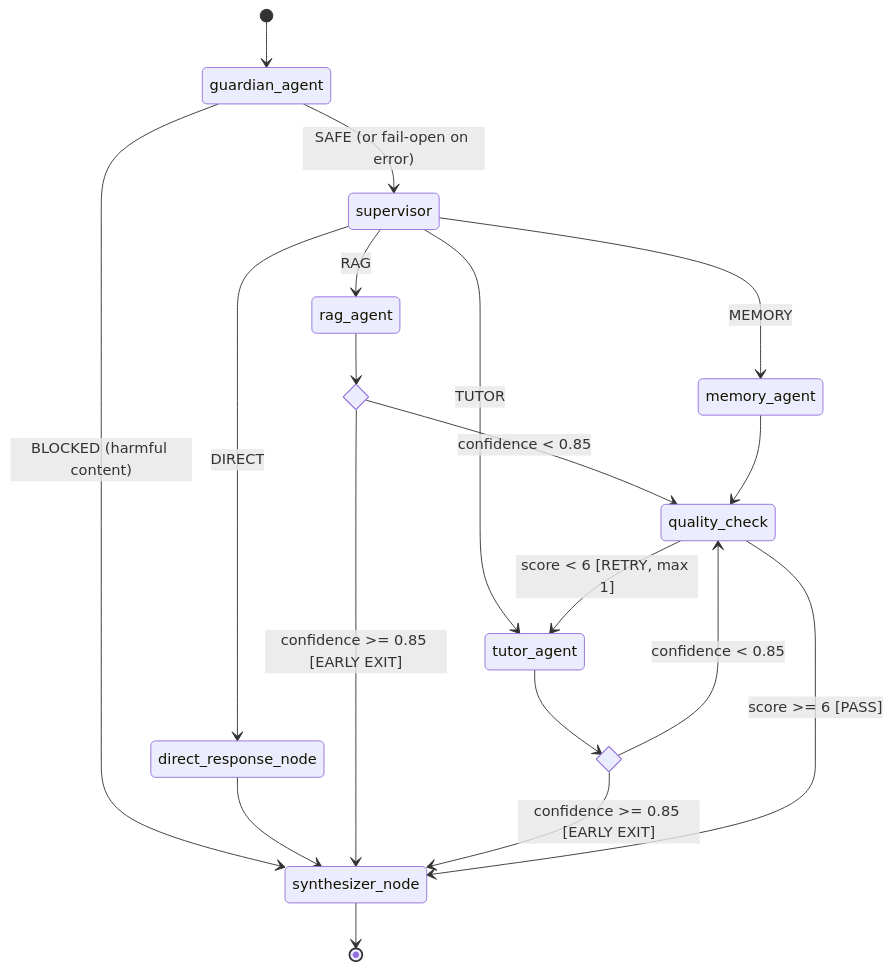
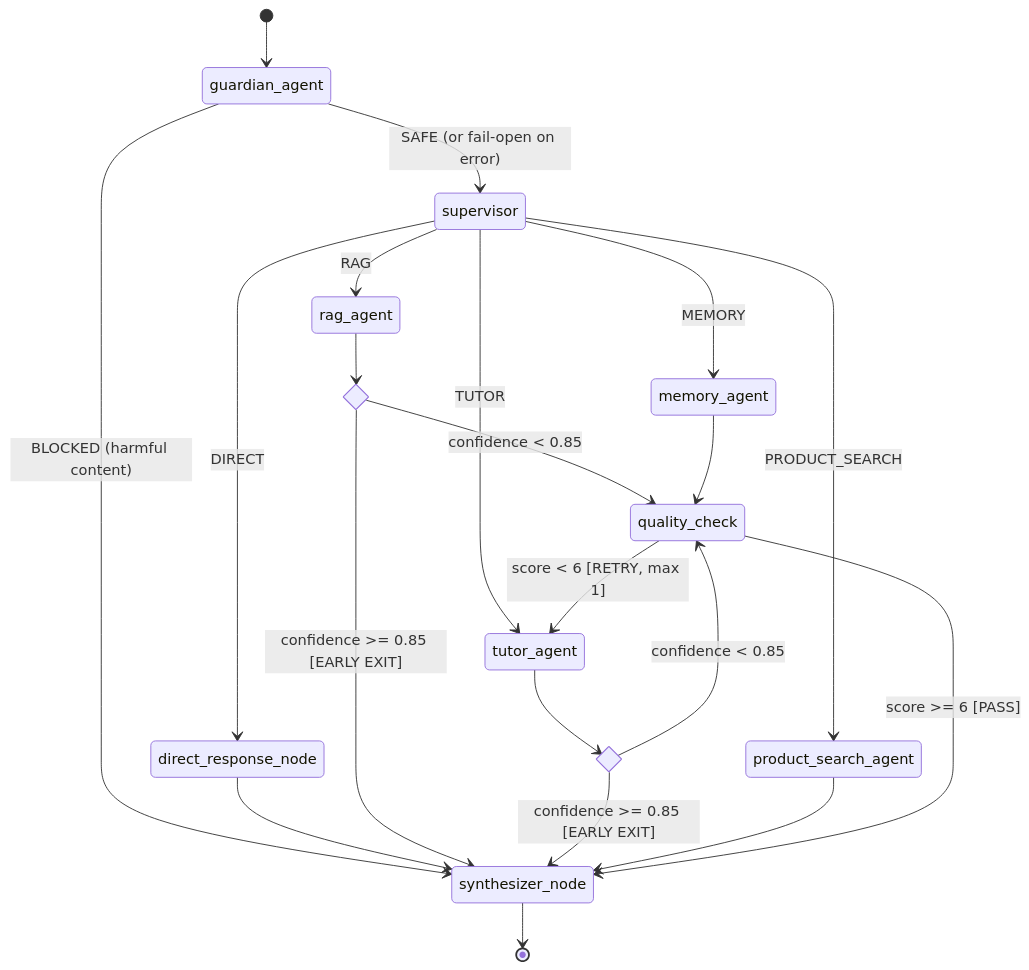
One commit to meiiie/wiii changed the fourth of 24 diagrams in maritime-ai-service/docs/architecture/SYSTEM_ARCHITECTURE.md. Above: the diagram before and after it, drawn with Mermaid. The commit also changed other lines of this file and 175 other files, not shown here.

````diff
--- a/maritime-ai-service/docs/architecture/SYSTEM_ARCHITECTURE.md
+++ b/maritime-ai-service/docs/architecture/SYSTEM_ARCHITECTURE.md
@@ -511,31 +602,34 @@
 ```mermaid
 stateDiagram-v2
     [*] --> guardian_agent
 
     guardian_agent --> supervisor: SAFE (or fail-open on error)
     guardian_agent --> synthesizer_node: BLOCKED (harmful content)
 
     supervisor --> direct_response_node: DIRECT
     supervisor --> memory_agent: MEMORY
     supervisor --> tutor_agent: TUTOR
     supervisor --> rag_agent: RAG
+    supervisor --> product_search_agent: PRODUCT_SEARCH
 
     direct_response_node --> synthesizer_node
 
     state rag_check <<choice>>
     rag_agent --> rag_check
     rag_check --> synthesizer_node: confidence >= 0.85 [EARLY EXIT]
     rag_check --> quality_check: confidence < 0.85
 
     state tutor_check <<choice>>
     tutor_agent --> tutor_check
     tutor_check --> synthesizer_node: confidence >= 0.85 [EARLY EXIT]
     tutor_check --> quality_check: confidence < 0.85
 
     memory_agent --> quality_check
 
+    product_search_agent --> synthesizer_node
+
     quality_check --> synthesizer_node: score >= 6 [PASS]
     quality_check --> tutor_agent: score < 6 [RETRY, max 1]
 
     synthesizer_node --> [*]
 ```
````
